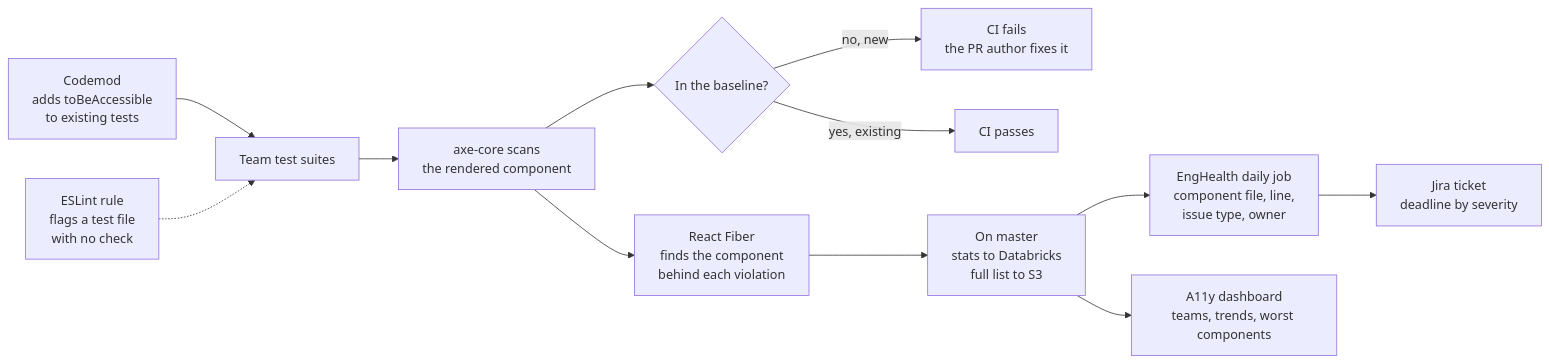
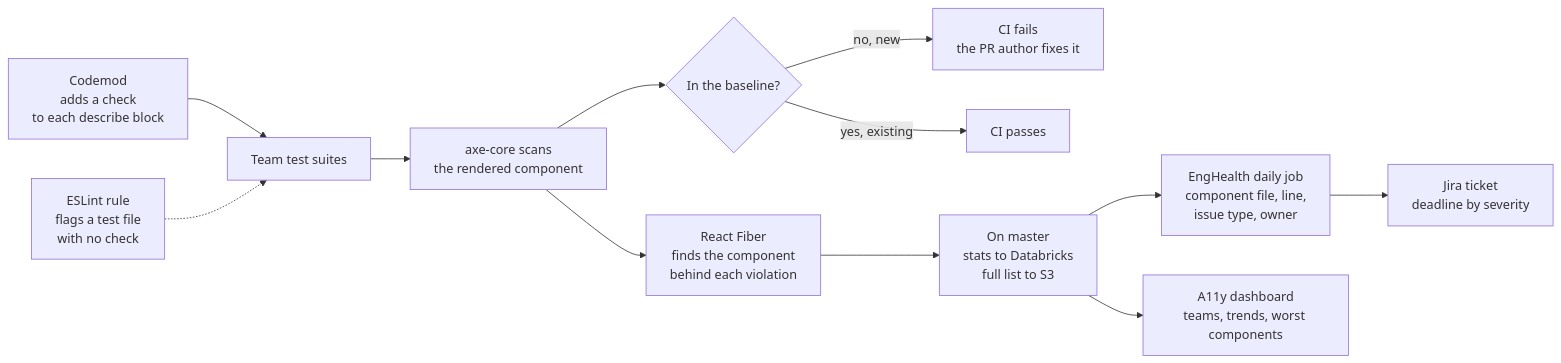
Before and after one commit to oleg-chibikov/project-architecture: the second of 3 diagrams in accessibility-tooling/README.md, drawn with Mermaid. The commit also changed other lines of this file and 1 other file, not shown here.

Commit message:
Describe how the codemod picks setup for each describe block

````diff
--- a/accessibility-tooling/README.md
+++ b/accessibility-tooling/README.md
@@ -60,14 +60,14 @@
 ```mermaid
 flowchart LR
-  Codemod["Codemod<br/>adds toBeAccessible<br/>to existing tests"] --> Suites["Team test suites"]
+  Codemod["Codemod<br/>adds a check<br/>to each describe block"] --> Suites["Team test suites"]
   Lint["ESLint rule<br/>flags a test file<br/>with no check"] -.-> Suites
   Suites --> Axe["axe-core scans<br/>the rendered component"]
   Axe --> Compare{"In the baseline?"}
   Compare -->|no, new| Fail["CI fails<br/>the PR author fixes it"]
   Compare -->|yes, existing| Pass["CI passes"]
   Axe --> Fiber["React Fiber<br/>finds the component<br/>behind each violation"]
   Fiber --> Report["On master<br/>stats to Databricks<br/>full list to S3"]
   Report --> EH["EngHealth daily job<br/>component file, line,<br/>issue type, owner"]
   EH --> Ticket["Jira ticket<br/>deadline by severity"]
   Report --> Dash["A11y dashboard<br/>teams, trends, worst components"]
 ```
````
